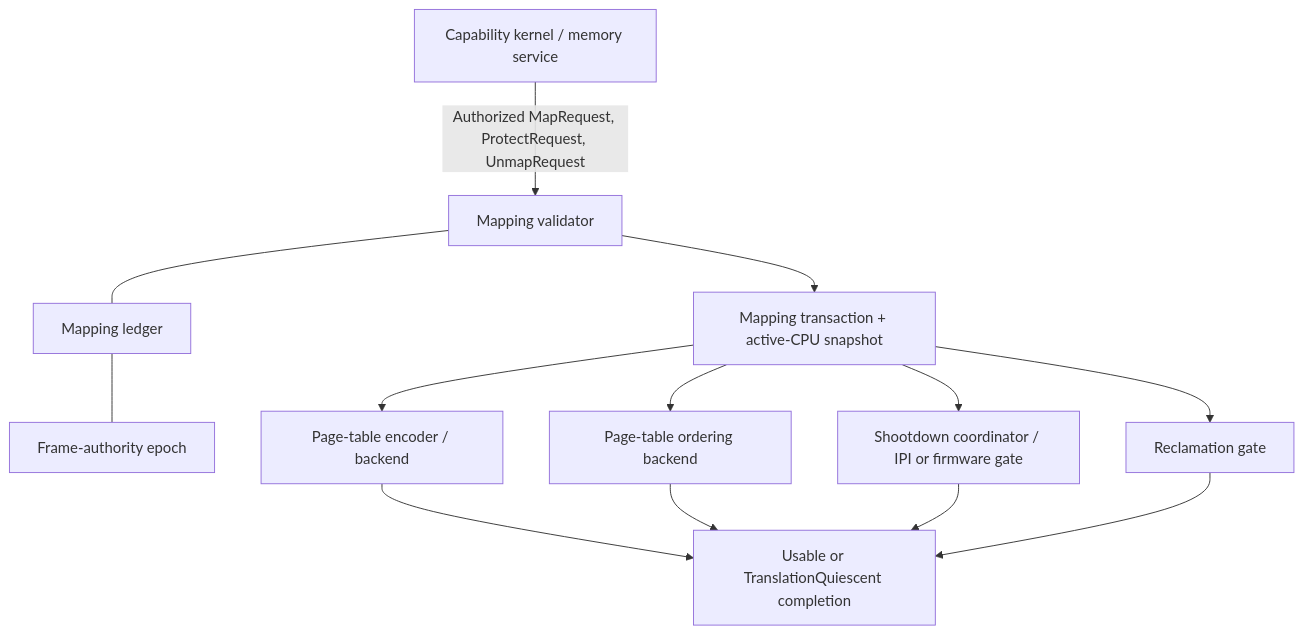
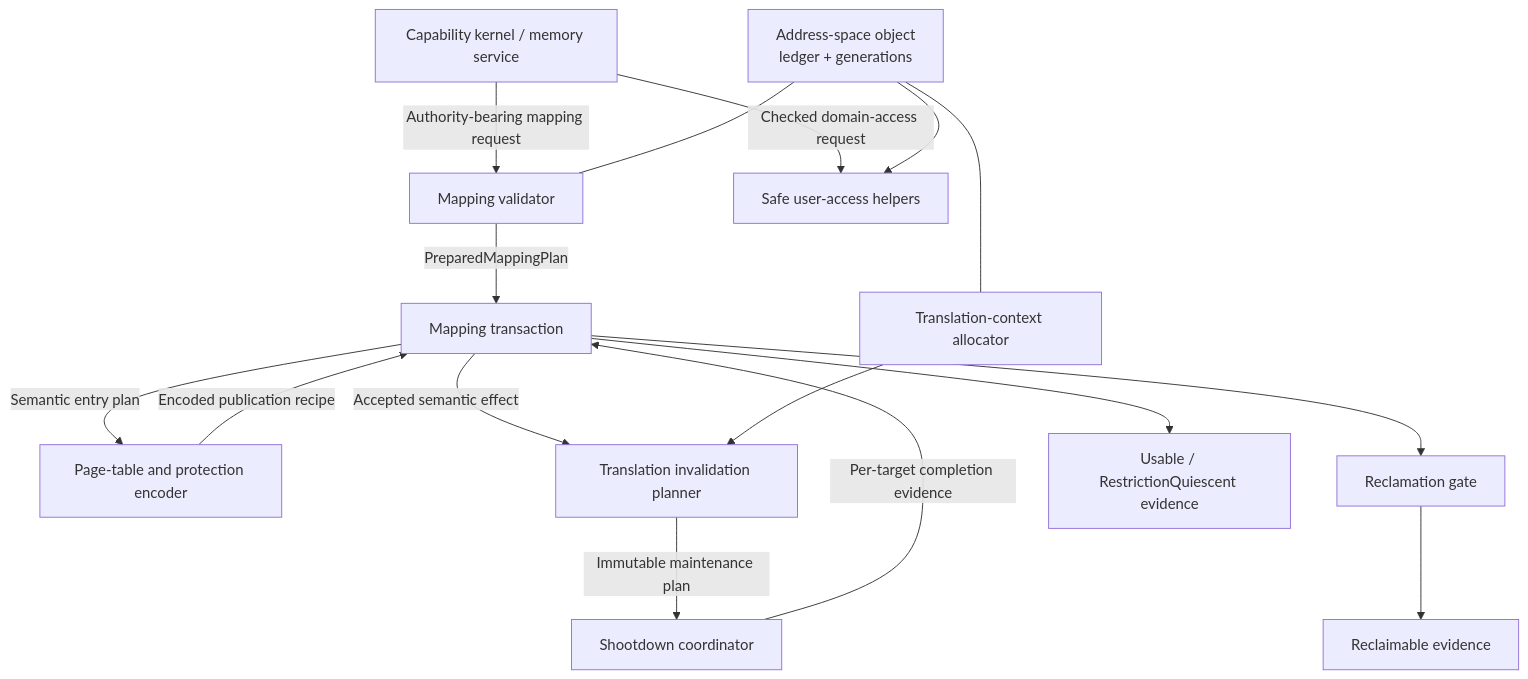
Before and after one commit to pcharbon70/atom-os-research: the first of 3 diagrams in 20-notes/kernel-hardware-and-architecture-components/address-translation-and-protection-transitions.md, drawn with Mermaid. The commit also changed other lines of this file and 43 other files, not shown here.

Commit message:
research: deepen address translation architecture

````diff
--- a/20-notes/kernel-hardware-and-architecture-components/address-translation-and-protection-transitions.md
+++ b/20-notes/kernel-hardware-and-architecture-components/address-translation-and-protection-transitions.md
@@ -109,26 +145,32 @@
 ```mermaid
 flowchart TB
   translation_authority["Capability kernel / memory service"]
+  translation_address_space["Address-space object<br/>ledger + generations"]
   translation_validator["Mapping validator"]
-  translation_ledger["Mapping ledger"]
-  translation_frame_epoch["Frame-authority epoch"]
-  translation_transaction["Mapping transaction + active-CPU snapshot"]
-  translation_encoder["Page-table encoder / backend"]
-  translation_ordering["Page-table ordering backend"]
-  translation_shootdown["Shootdown coordinator / IPI or firmware gate"]
+  translation_encoder["Page-table and protection encoder"]
+  translation_transaction["Mapping transaction"]
+  translation_context["Translation-context allocator"]
+  translation_planner["Translation invalidation planner"]
+  translation_shootdown["Shootdown coordinator"]
   translation_reclamation["Reclamation gate"]
-  translation_completion["Usable or TranslationQuiescent completion"]
+  translation_safe_access["Safe user-access helpers"]
+  translation_effect_completion["Usable / RestrictionQuiescent evidence"]
+  translation_reclaimable["Reclaimable evidence"]
 
-  translation_authority -->|"Authorized MapRequest, ProtectRequest, UnmapRequest"| translation_validator
-  translation_validator --- translation_ledger
-  translation_ledger --- translation_frame_epoch
-  translation_validator --> translation_transaction
-  translation_transaction --> translation_encoder
-  translation_transaction --> translation_ordering
-  translation_transaction --> translation_shootdown
+  translation_authority -->|"Authority-bearing mapping request"| translation_validator
+  translation_address_space --- translation_validator
+  translation_address_space --- translation_context
+  translation_validator -->|"PreparedMappingPlan"| translation_transaction
+  translation_transaction -->|"Semantic entry plan"| translation_encoder
+  translation_encoder -->|"Encoded publication recipe"| translation_transaction
+  translation_transaction -->|"Accepted semantic effect"| translation_planner
+  translation_context --> translation_planner
+  translation_planner -->|"Immutable maintenance plan"| translation_shootdown
+  translation_shootdown -->|"Per-target completion evidence"| translation_transaction
   translation_transaction --> translation_reclamation
-  translation_encoder --> translation_completion
-  translation_ordering --> translation_completion
-  translation_shootdown --> translation_completion
-  translation_reclamation --> translation_completion
+  translation_reclamation --> translation_reclaimable
+  translation_transaction --> translation_effect_completion
+
+  translation_authority -->|"Checked domain-access request"| translation_safe_access
+  translation_address_space --> translation_safe_access
 ```
````
